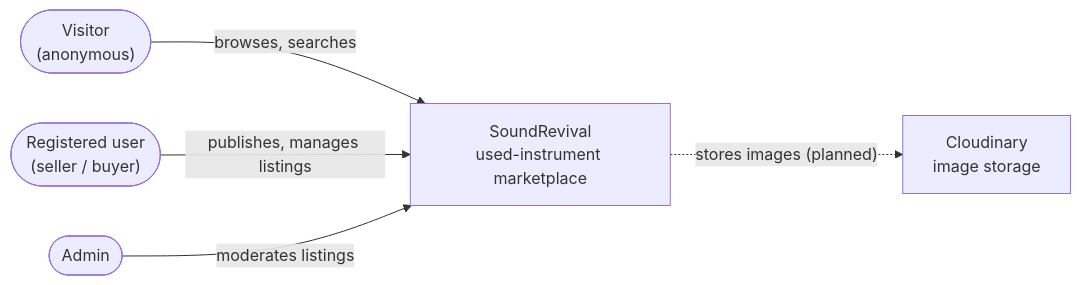
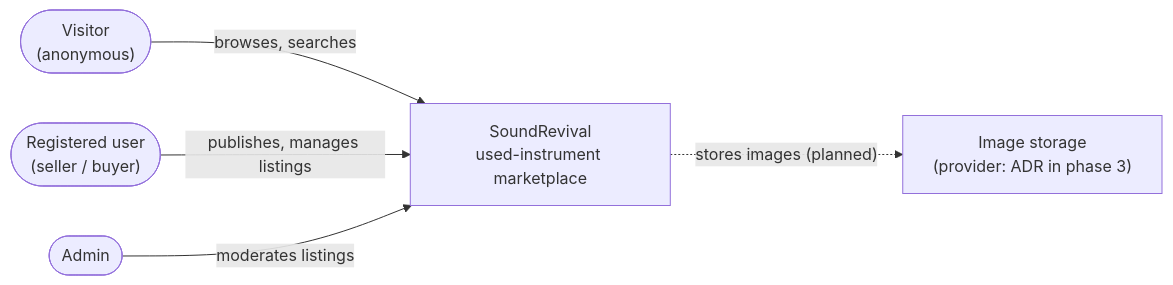
Before and after one commit to nilde790/sound-revival: the first of 2 diagrams in docs/06-Architecture.md, drawn with Mermaid. The commit also changed other lines of this file and 18 other files, not shown here.

````diff
--- a/docs/06-Architecture.md
+++ b/docs/06-Architecture.md
@@ -15,13 +15,13 @@
 ```mermaid
 flowchart LR
     visitor(["Visitor<br/>(anonymous)"])
     user(["Registered user<br/>(seller / buyer)"])
     admin(["Admin"])
     sr["SoundRevival<br/>used-instrument marketplace"]
-    cloudinary["Cloudinary<br/>image storage"]
+    storage["Image storage<br/>(provider: ADR in phase 3)"]
 
     visitor -- "browses, searches" --> sr
     user -- "publishes, manages listings" --> sr
     admin -- "moderates listings" --> sr
-    sr -. "stores images (planned)" .-> cloudinary
+    sr -. "stores images (planned)" .-> storage
 ```
````
